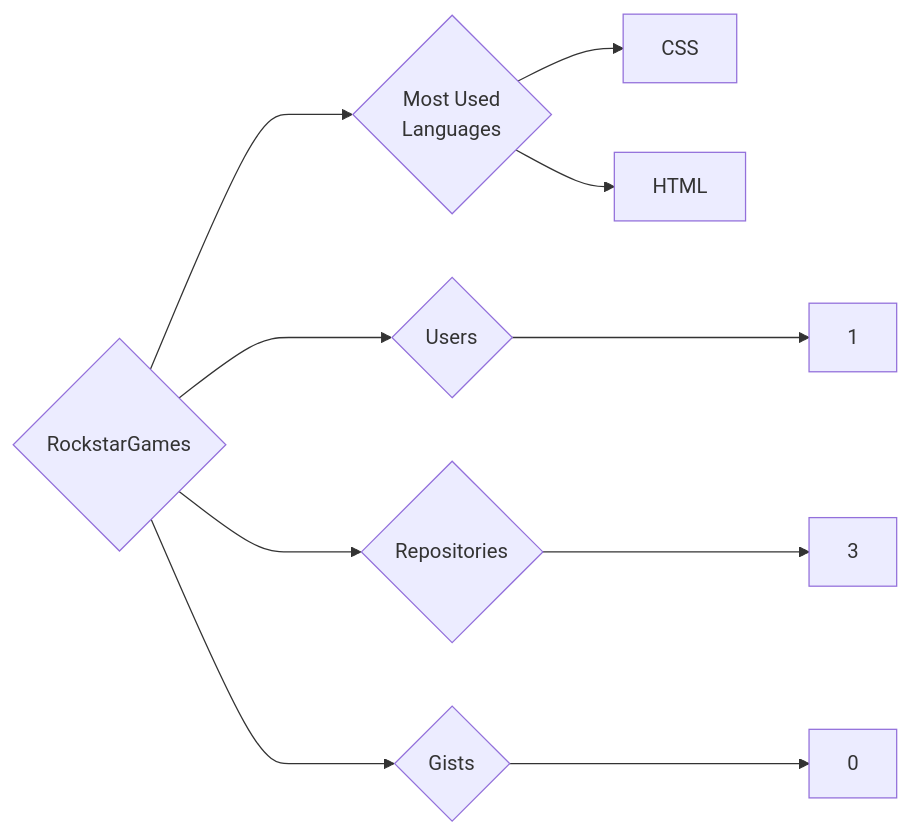
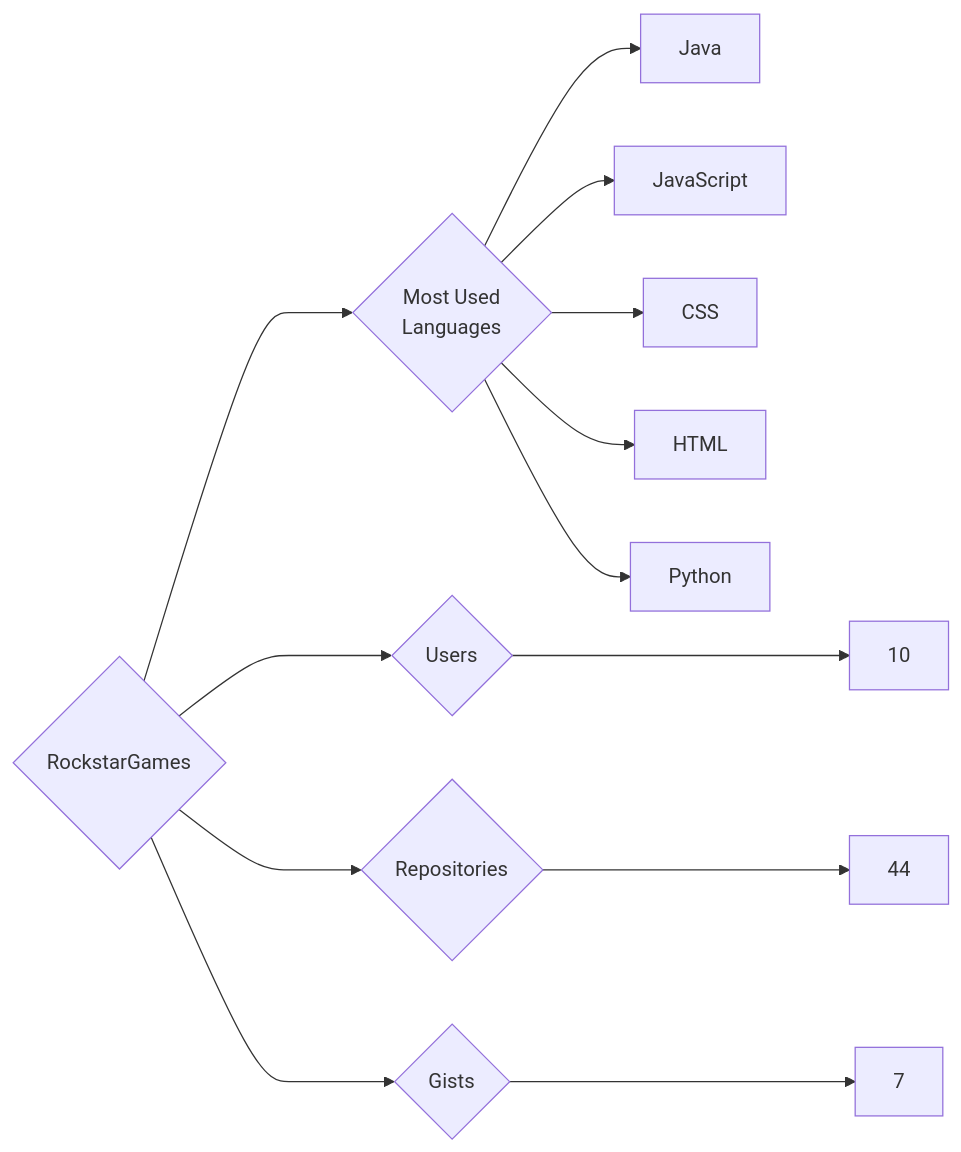
The diagram in targets/RockstarGames/README.md (trickest/insiders), drawn with Mermaid before and after one commit. The commit also changed 1696 other files, not shown here.

````diff
--- a/targets/RockstarGames/README.md
+++ b/targets/RockstarGames/README.md
@@ -3,10 +3,13 @@
 ```mermaid
 graph LR
 COMPANY_NAME{RockstarGames}
-COMPANY_NAME ---> U{Users} ---> UN[1]
-COMPANY_NAME ---> R{Repositories} ---> RN[3]
-COMPANY_NAME ---> G{Gists} ---> GN[0]
+COMPANY_NAME ---> U{Users} ---> UN[10]
+COMPANY_NAME ---> R{Repositories} ---> RN[44]
+COMPANY_NAME ---> G{Gists} ---> GN[7]
 COMPANY_NAME ---> ML{Most Used<br>Languages}
+ML --> Java[Java]
+ML --> JavaScript[JavaScript]
 ML --> CSS[CSS]
 ML --> HTML[HTML]
+ML --> Python[Python]
 ```
````
